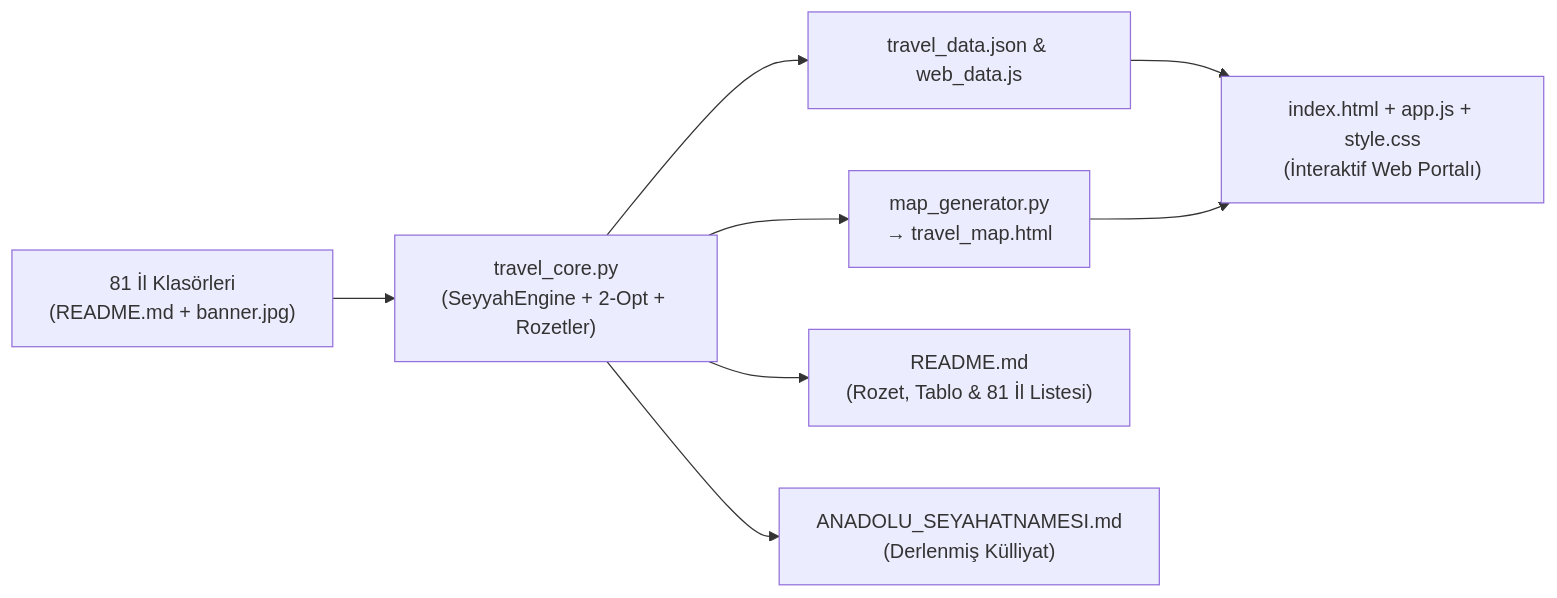
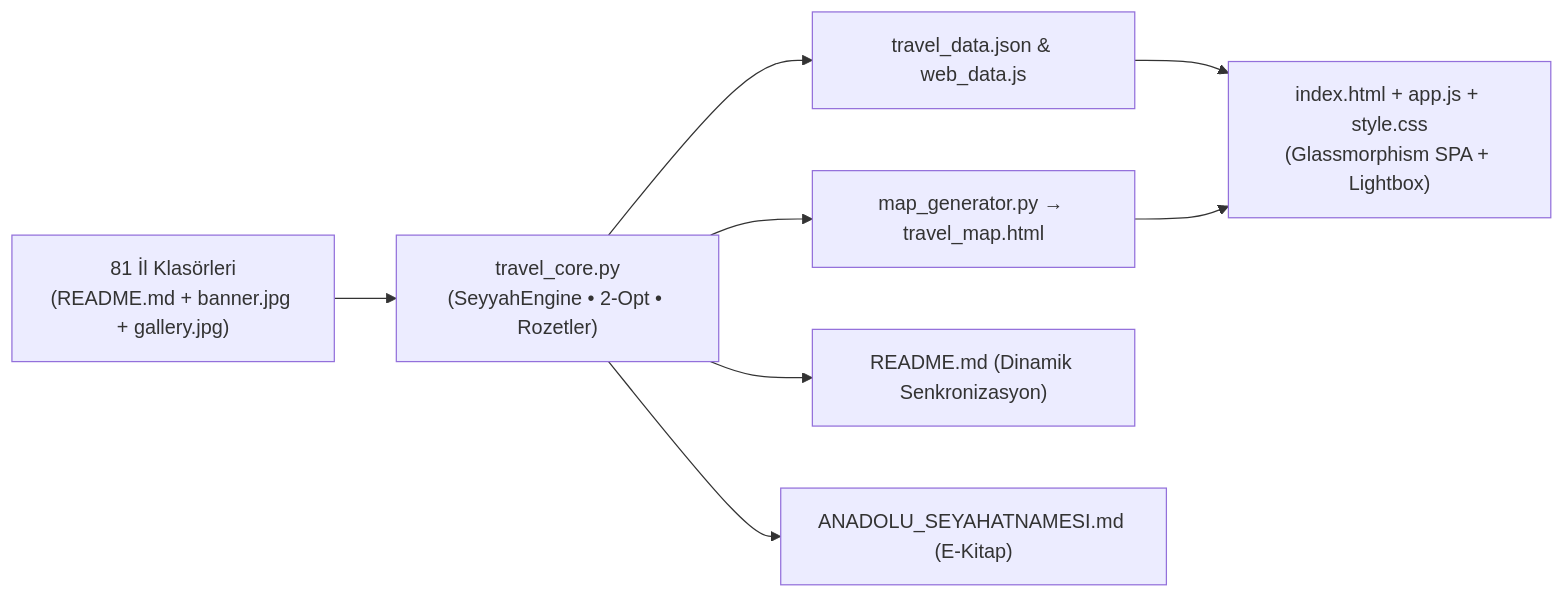
Before and after one commit to bahattinyunus/dijitalseyyah: the diagram in README.md, drawn with Mermaid. The commit also changed other lines of this file and 3 other files, not shown here.

````diff
--- a/README.md
+++ b/README.md
@@ -324,10 +356,10 @@
 ```mermaid
 flowchart LR
-    A["81 İl Klasörleri\n(README.md + banner.jpg)"] --> B["travel_core.py\n(SeyyahEngine + 2-Opt + Rozetler)"]
+    A["81 İl Klasörleri\n(README.md + banner.jpg + gallery.jpg)"] --> B["travel_core.py\n(SeyyahEngine • 2-Opt • Rozetler)"]
     B --> C["travel_data.json & web_data.js"]
-    B --> D["map_generator.py\n→ travel_map.html"]
-    B --> E["README.md\n(Rozet, Tablo & 81 İl Listesi)"]
-    B --> F["ANADOLU_SEYAHATNAMESI.md\n(Derlenmiş Külliyat)"]
-    C --> G["index.html + app.js + style.css\n(İnteraktif Web Portalı)"]
+    B --> D["map_generator.py → travel_map.html"]
+    B --> E["README.md (Dinamik Senkronizasyon)"]
+    B --> F["ANADOLU_SEYAHATNAMESI.md (E-Kitap)"]
+    C --> G["index.html + app.js + style.css\n(Glassmorphism SPA + Lightbox)"]
     D --> G
 ```
````
